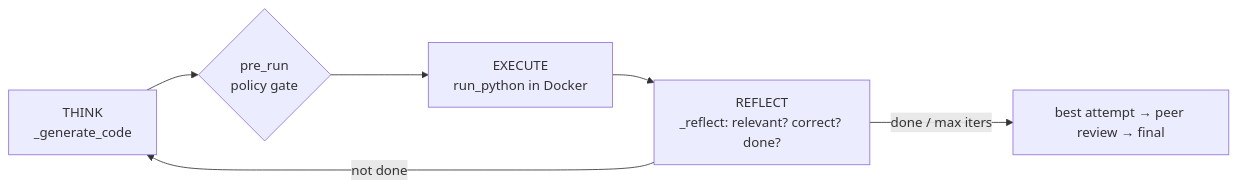
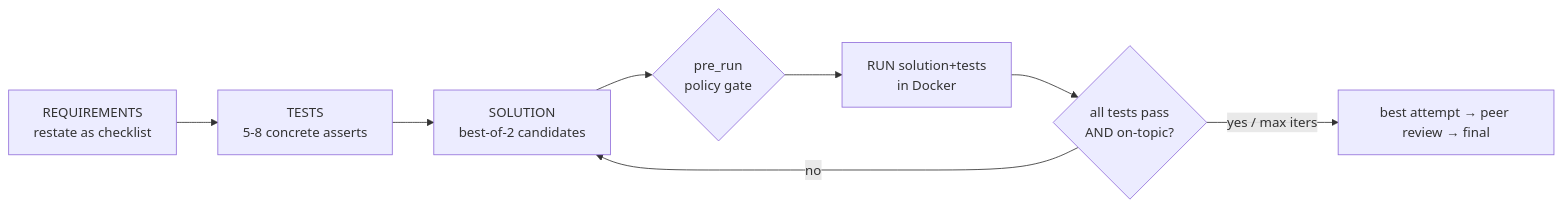
Before and after one commit to anistondeveloperteam-ANT/Audio-research-assistant: the fifth of 5 diagrams in docs/ARCHITECTURE.md, drawn with Mermaid. The commit also changed other lines of this file, not shown here.

Commit message:
docs(architecture): agent loop diagram reflects the test-first flow (tests->code->run, relevance gate, honest partial label)

````diff
--- a/docs/ARCHITECTURE.md
+++ b/docs/ARCHITECTURE.md
@@ -266,6 +266,9 @@
 ```mermaid
 flowchart LR
-    T[THINK<br/>_generate_code] --> H{pre_run<br/>policy gate} --> X[EXECUTE<br/>run_python in Docker] --> RF[REFLECT<br/>_reflect: relevant? correct? done?]
-    RF -- not done --> T
-    RF -- done / max iters --> BEST[best attempt → peer review → final]
+    REQ[REQUIREMENTS<br/>restate as checklist] --> TST[TESTS<br/>5-8 concrete asserts]
+    TST --> GEN[SOLUTION<br/>best-of-2 candidates] --> H{pre_run<br/>policy gate}
+    H --> X[RUN solution+tests<br/>in Docker]
+    X --> RF{all tests pass<br/>AND on-topic?}
+    RF -- no --> GEN
+    RF -- yes / max iters --> BEST[best attempt → peer review → final]
 ```
````
